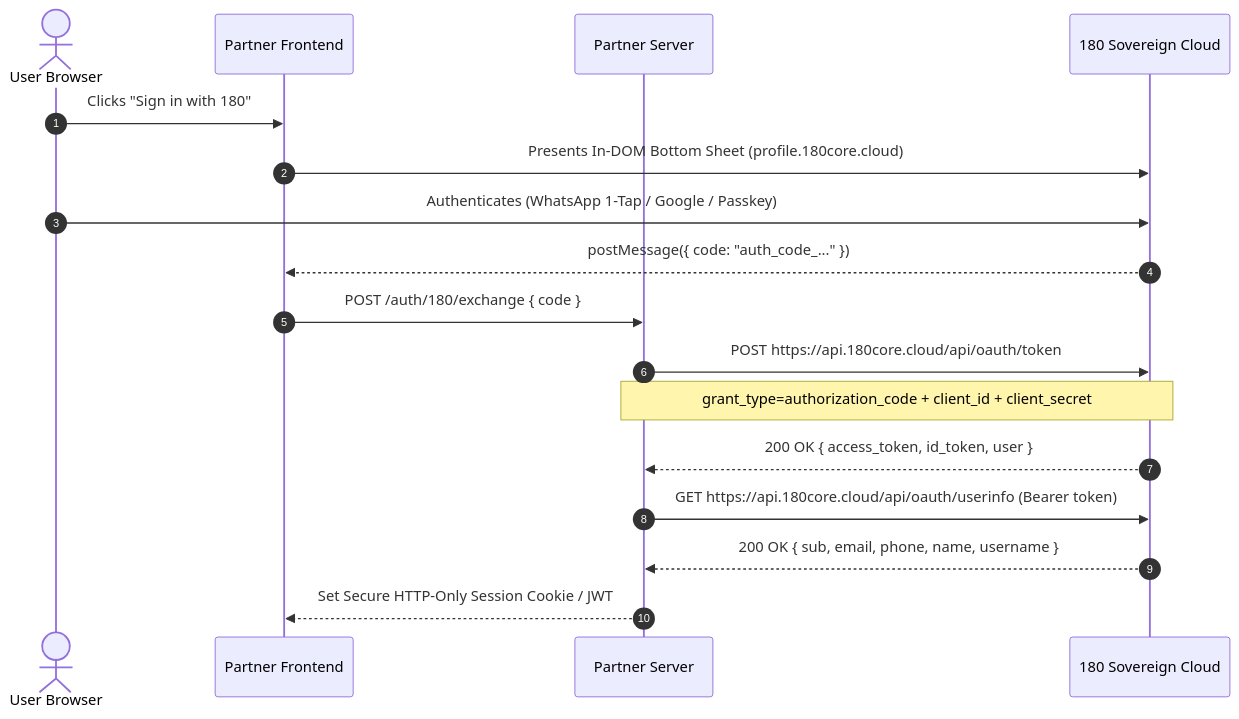
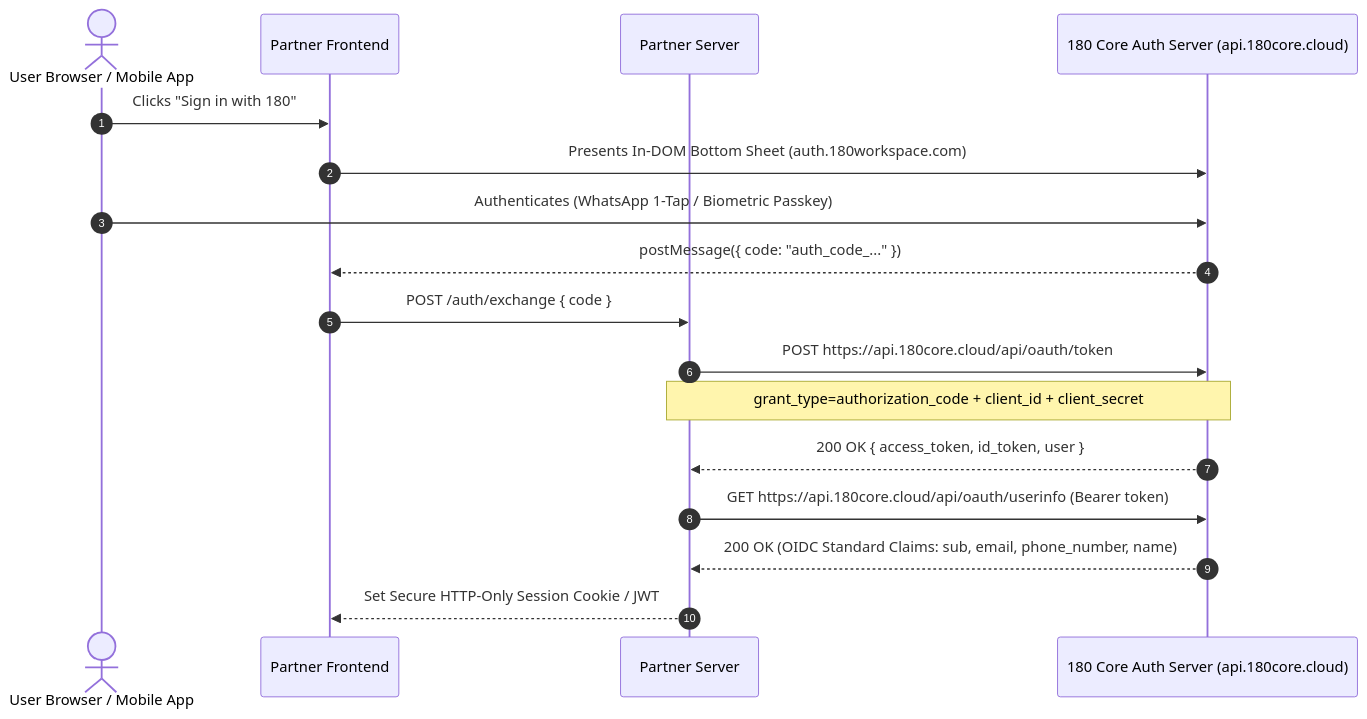
Before and after one commit to simplicion/180Public-Sites: the diagram in apps/docs/docs/products/180-core/180-identity/06-backend-token-verification.md, drawn with Mermaid. The commit also changed other lines of this file and 12 other files, not shown here.

````diff
--- a/apps/docs/docs/products/180-core/180-identity/06-backend-token-verification.md
+++ b/apps/docs/docs/products/180-core/180-identity/06-backend-token-verification.md
@@ -17,20 +17,20 @@
 ```mermaid
 sequenceDiagram
     autonumber
-    actor User as User Browser
+    actor User as User Browser / Mobile App
     participant App as Partner Frontend
     participant Server as Partner Server
-    participant Cloud as 180 Sovereign Cloud
+    participant Cloud as 180 Core Auth Server (api.180core.cloud)
 
     User->>App: Clicks "Sign in with 180"
-    App->>Cloud: Presents In-DOM Bottom Sheet (profile.180core.cloud)
-    User->>Cloud: Authenticates (WhatsApp 1-Tap / Google / Passkey)
+    App->>Cloud: Presents In-DOM Bottom Sheet (auth.180workspace.com)
+    User->>Cloud: Authenticates (WhatsApp 1-Tap / Biometric Passkey)
     Cloud-->>App: postMessage({ code: "auth_code_..." })
-    App->>Server: POST /auth/180/exchange { code }
+    App->>Server: POST /auth/exchange { code }
     Server->>Cloud: POST https://api.180core.cloud/api/oauth/token
     Note over Server,Cloud: grant_type=authorization_code + client_id + client_secret
     Cloud-->>Server: 200 OK { access_token, id_token, user }
     Server->>Cloud: GET https://api.180core.cloud/api/oauth/userinfo (Bearer token)
-    Cloud-->>Server: 200 OK { sub, email, phone, name, username }
+    Cloud-->>Server: 200 OK (OIDC Standard Claims: sub, email, phone_number, name)
     Server-->>App: Set Secure HTTP-Only Session Cookie / JWT
 ```
````
